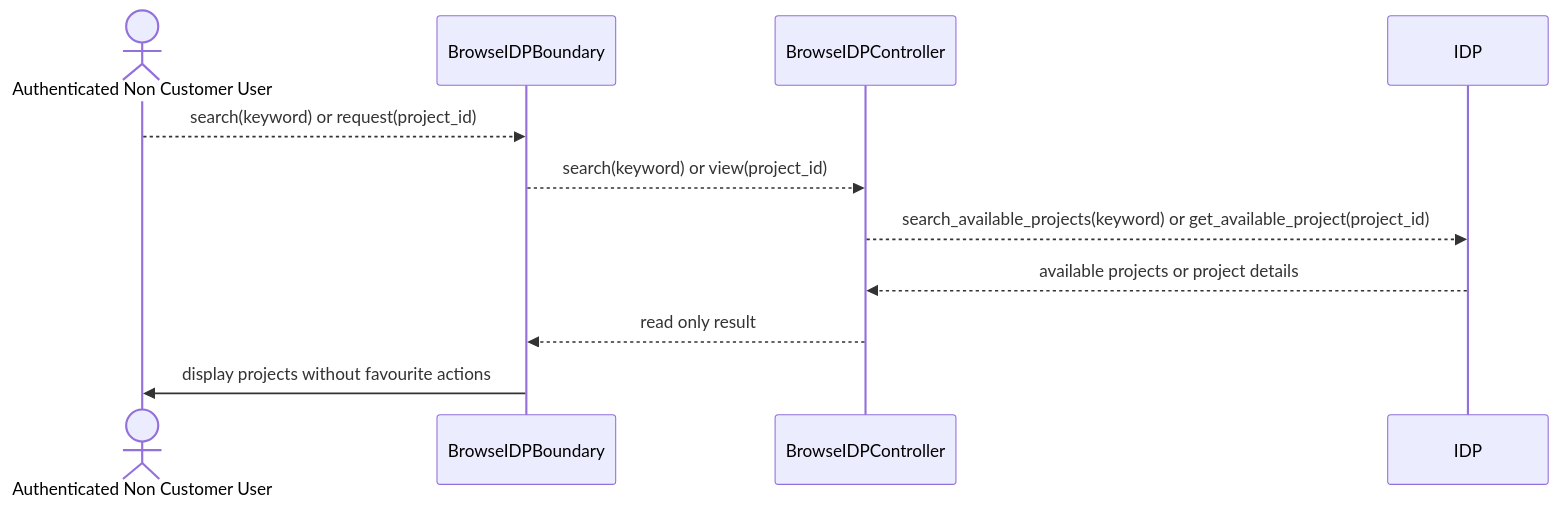
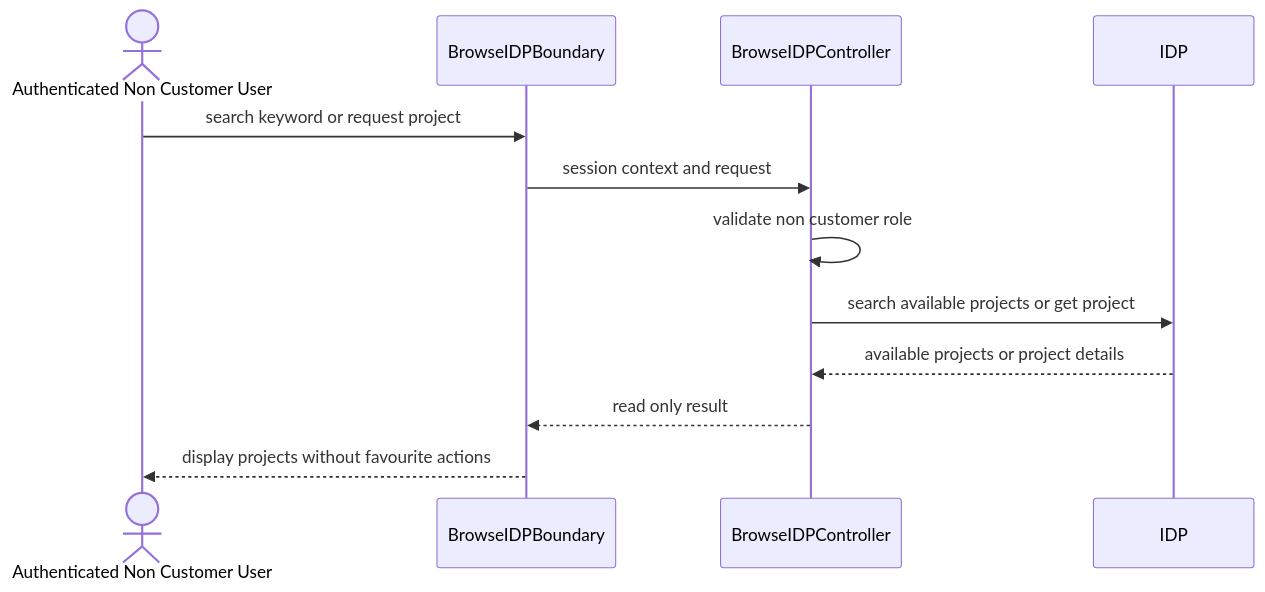
Before and after one commit to boyinapuddle/CSIT314-Chinese: the second of 2 diagrams in interior_platform/diagrams/US50_Browse_IDPs_as_Authenticated_Non_Customer/README.md, drawn with Mermaid. The commit also changed other lines of this file and 36 other files, not shown here.

````diff
--- a/interior_platform/diagrams/US50_Browse_IDPs_as_Authenticated_Non_Customer/README.md
+++ b/interior_platform/diagrams/US50_Browse_IDPs_as_Authenticated_Non_Customer/README.md
@@ -20,13 +21,14 @@
 ```mermaid
 sequenceDiagram
     actor P0 as Authenticated Non Customer User
     participant P1 as BrowseIDPBoundary
     participant P2 as BrowseIDPController
     participant P3 as IDP
-    P0-->>P1: search(keyword) or request(project_id)
-    P1-->>P2: search(keyword) or view(project_id)
-    P2-->>P3: search_available_projects(keyword) or get_available_project(project_id)
+    P0->>P1: search keyword or request project
+    P1->>P2: session context and request
+    P2->>P2: validate non customer role
+    P2->>P3: search available projects or get project
     P3-->>P2: available projects or project details
     P2-->>P1: read only result
-    P1->>P0: display projects without favourite actions
+    P1-->>P0: display projects without favourite actions
 ```
````
